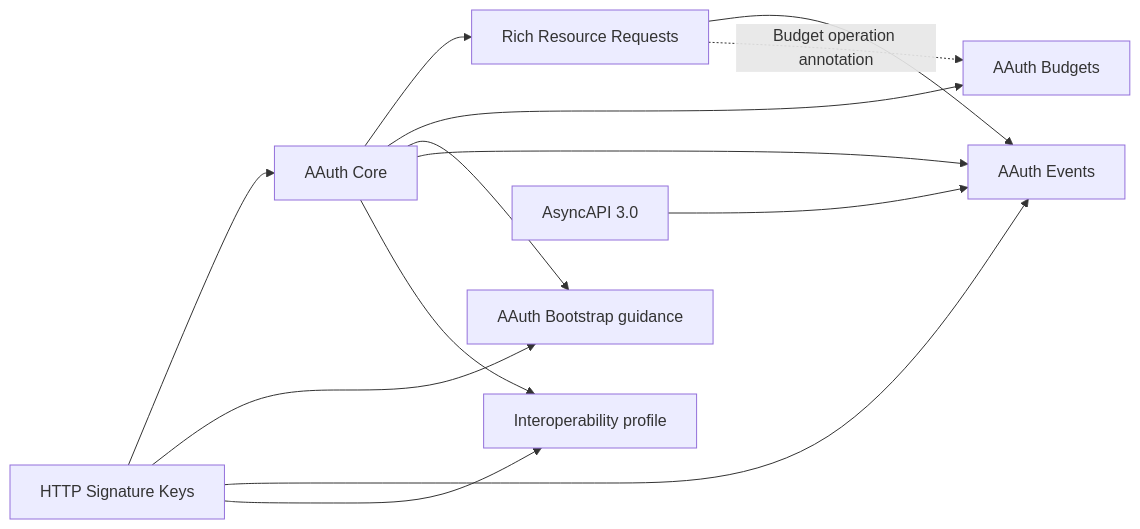
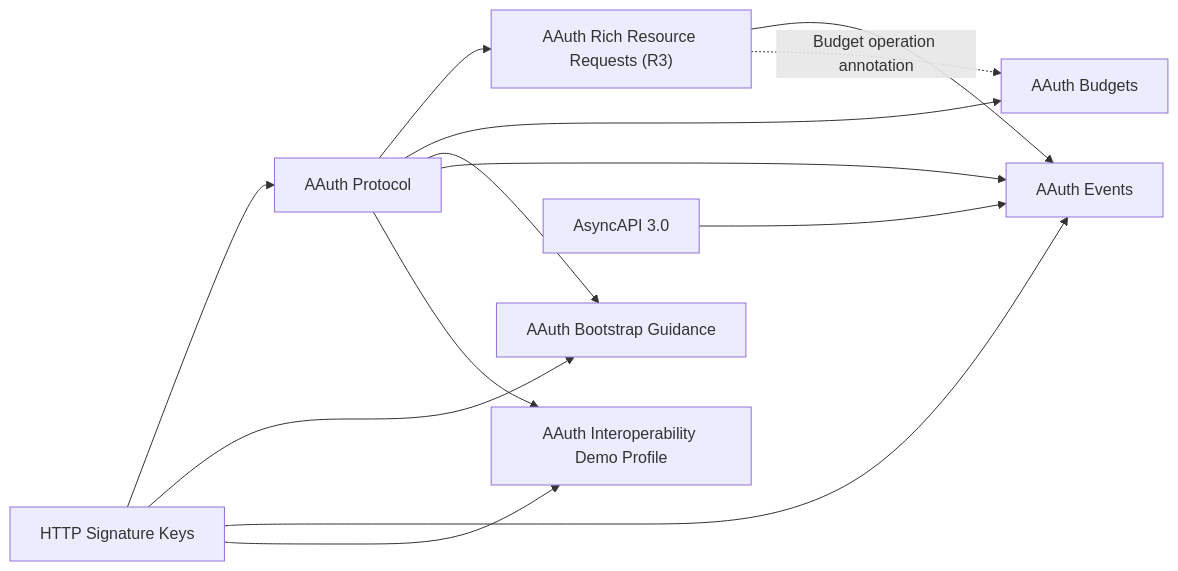
The first of 3 diagrams in PROTOCOL.md (sidecat-dev/aauth-go), drawn with Mermaid before and after one commit. The commit also changed other lines of this file and 35 other files, not shown here.

Commit message:
Implement two-key Agent Bootstrap profile

````diff
--- a/PROTOCOL.md
+++ b/PROTOCOL.md
@@ -12,24 +12,24 @@
 ```mermaid
 flowchart LR
     sig[HTTP Signature Keys]
-    core[AAuth Core]
-    boot[AAuth Bootstrap guidance]
-    r3[Rich Resource Requests]
+    core[AAuth Protocol]
+    boot[AAuth Bootstrap Guidance]
+    r3["AAuth Rich Resource Requests (R3)"]
     budgets[AAuth Budgets]
     events[AAuth Events]
-    interop[Interoperability profile]
+    interop[AAuth Interoperability Demo Profile]
     async[AsyncAPI 3.0]
 
     sig --> core
     core --> r3
     core --> budgets
     core --> boot
     sig --> boot
     core --> events
     sig --> events
     r3 --> events
     r3 -. Budget operation annotation .-> budgets
     async --> events
     core --> interop
     sig --> interop
 ```
````
